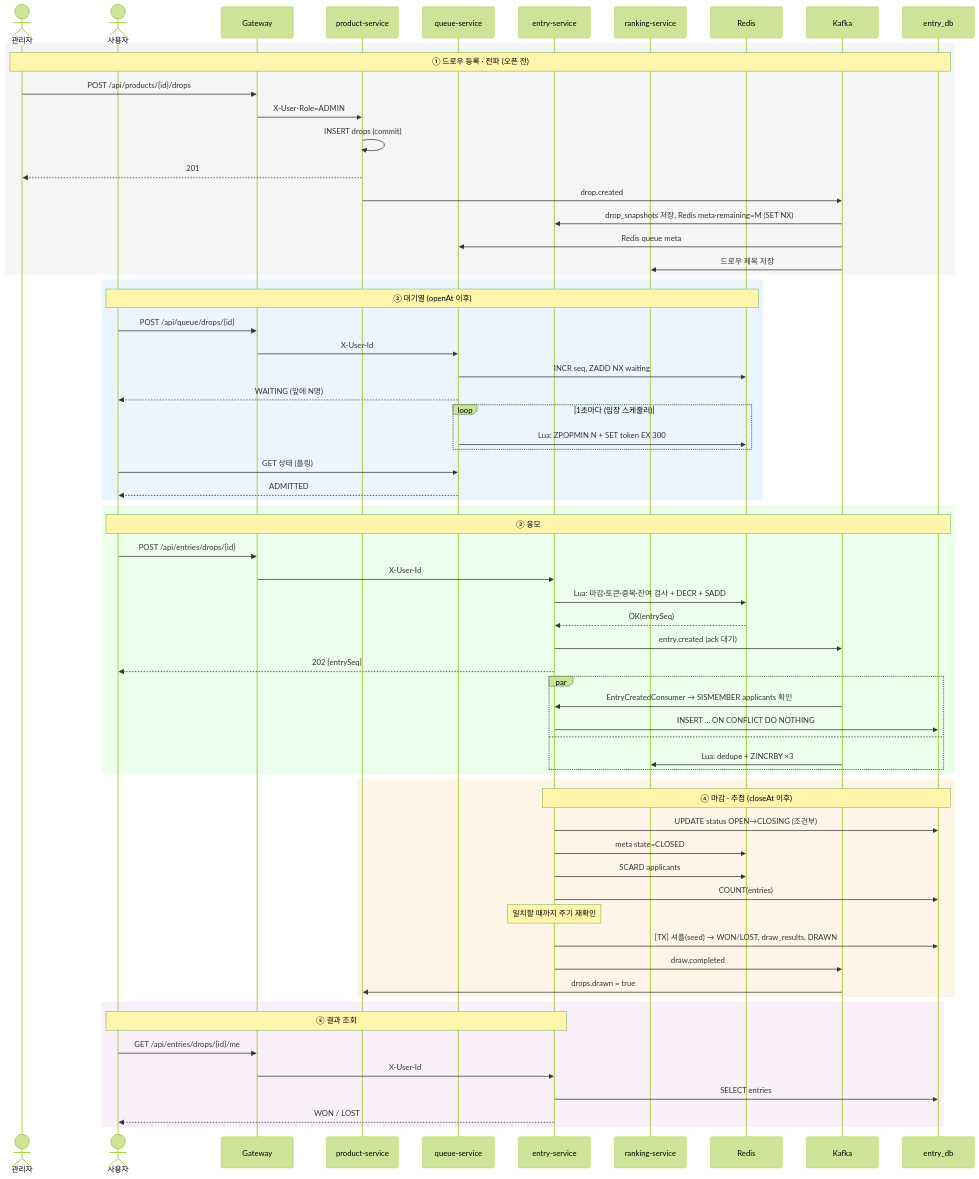
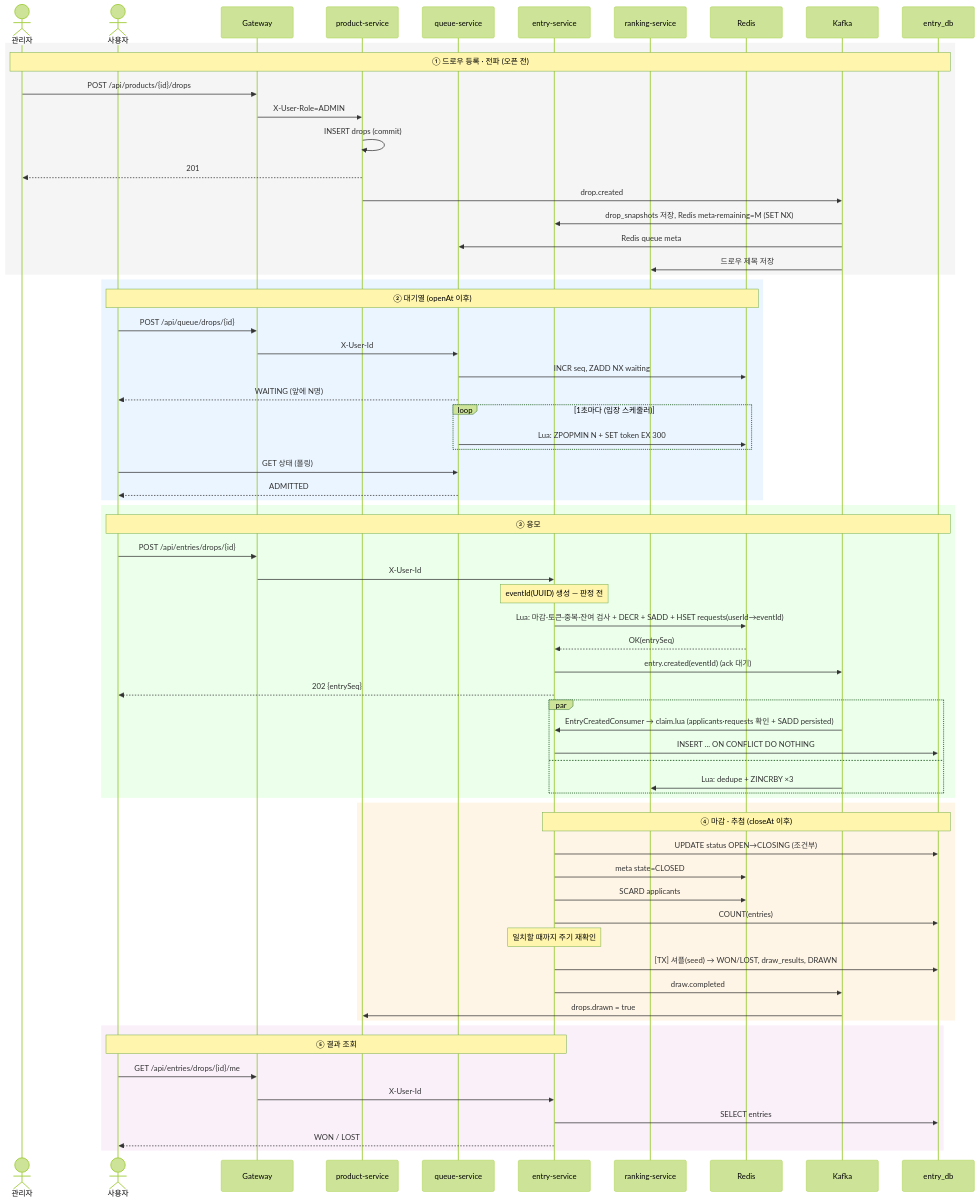
The third of 12 diagrams in docs/design/08-sequence-diagram/sequence-diagram.md (dd-jiny/queue-drop), drawn with Mermaid (forest theme) before and after one commit. The commit also changed other lines of this file and 8 other files, not shown here.

````diff
--- a/docs/design/08-sequence-diagram/sequence-diagram.md
+++ b/docs/design/08-sequence-diagram/sequence-diagram.md
@@ -107,74 +108,75 @@
 ```mermaid
 sequenceDiagram
     actor A as 관리자
     actor U as 사용자
     participant GW as Gateway
     participant PS as product-service
     participant QS as queue-service
     participant ES as entry-service
     participant RS as ranking-service
     participant R as Redis
     participant K as Kafka
     participant EDB as entry_db
 
     rect rgb(245, 245, 245)
     Note over A,EDB: ① 드로우 등록 · 전파 (오픈 전)
     A->>GW: POST /api/products/{id}/drops
     GW->>PS: X-User-Role=ADMIN
     PS->>PS: INSERT drops (commit)
     PS-->>A: 201
     PS->>K: drop.created
     K->>ES: drop_snapshots 저장, Redis meta·remaining=M (SET NX)
     K->>QS: Redis queue meta
     K->>RS: 드로우 제목 저장
     end
 
     rect rgb(235, 245, 255)
     Note over U,R: ② 대기열 (openAt 이후)
     U->>GW: POST /api/queue/drops/{id}
     GW->>QS: X-User-Id
     QS->>R: INCR seq, ZADD NX waiting
     QS-->>U: WAITING (앞에 N명)
     loop 1초마다 (입장 스케줄러)
         QS->>R: Lua: ZPOPMIN N + SET token EX 300
     end
     U->>QS: GET 상태 (폴링)
     QS-->>U: ADMITTED
     end
 
     rect rgb(235, 255, 235)
     Note over U,EDB: ③ 응모
     U->>GW: POST /api/entries/drops/{id}
     GW->>ES: X-User-Id
-    ES->>R: Lua: 마감·토큰·중복·잔여 검사 + DECR + SADD
+    Note over ES: eventId(UUID) 생성 — 판정 전
+    ES->>R: Lua: 마감·토큰·중복·잔여 검사 + DECR + SADD + HSET requests(userId→eventId)
     R-->>ES: OK(entrySeq)
-    ES->>K: entry.created (ack 대기)
+    ES->>K: entry.created(eventId) (ack 대기)
     ES-->>U: 202 {entrySeq}
     par
-        K->>ES: EntryCreatedConsumer → SISMEMBER applicants 확인
+        K->>ES: EntryCreatedConsumer → claim.lua (applicants·requests 확인 + SADD persisted)
         ES->>EDB: INSERT ... ON CONFLICT DO NOTHING
     and
         K->>RS: Lua: dedupe + ZINCRBY ×3
     end
     end
 
     rect rgb(255, 245, 230)
     Note over ES,EDB: ④ 마감 · 추첨 (closeAt 이후)
     ES->>EDB: UPDATE status OPEN→CLOSING (조건부)
     ES->>R: meta state=CLOSED
     ES->>R: SCARD applicants
     ES->>EDB: COUNT(entries)
     Note over ES: 일치할 때까지 주기 재확인
     ES->>EDB: [TX] 셔플(seed) → WON/LOST, draw_results, DRAWN
     ES->>K: draw.completed
     K->>PS: drops.drawn = true
     end
 
     rect rgb(250, 240, 250)
     Note over U,ES: ⑤ 결과 조회
     U->>GW: GET /api/entries/drops/{id}/me
     GW->>ES: X-User-Id
     ES->>EDB: SELECT entries
     ES-->>U: WON / LOST
     end
 ```
````
